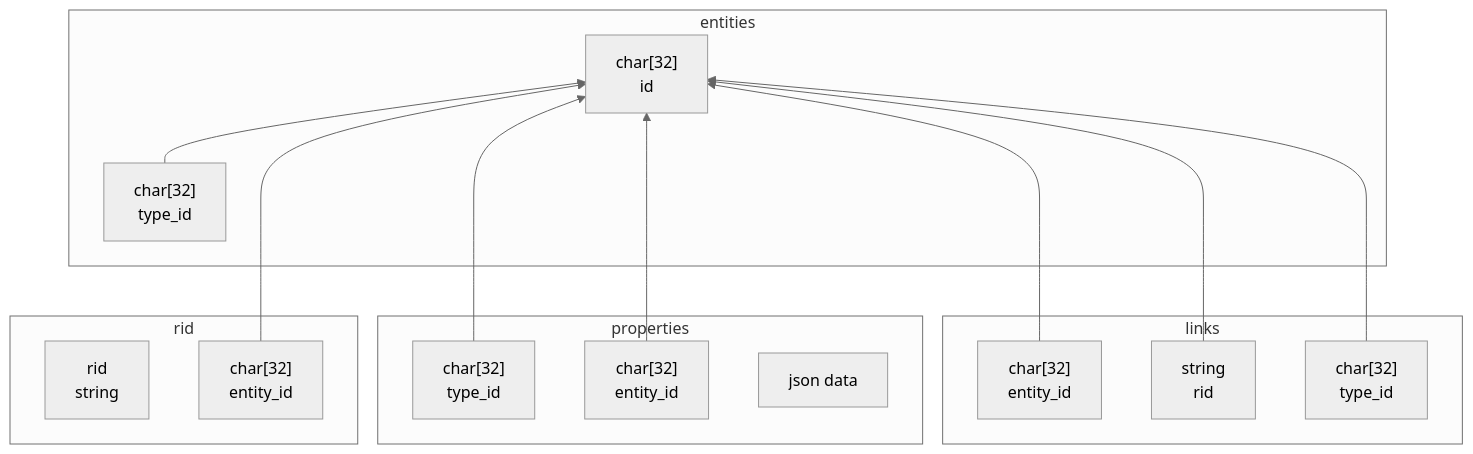
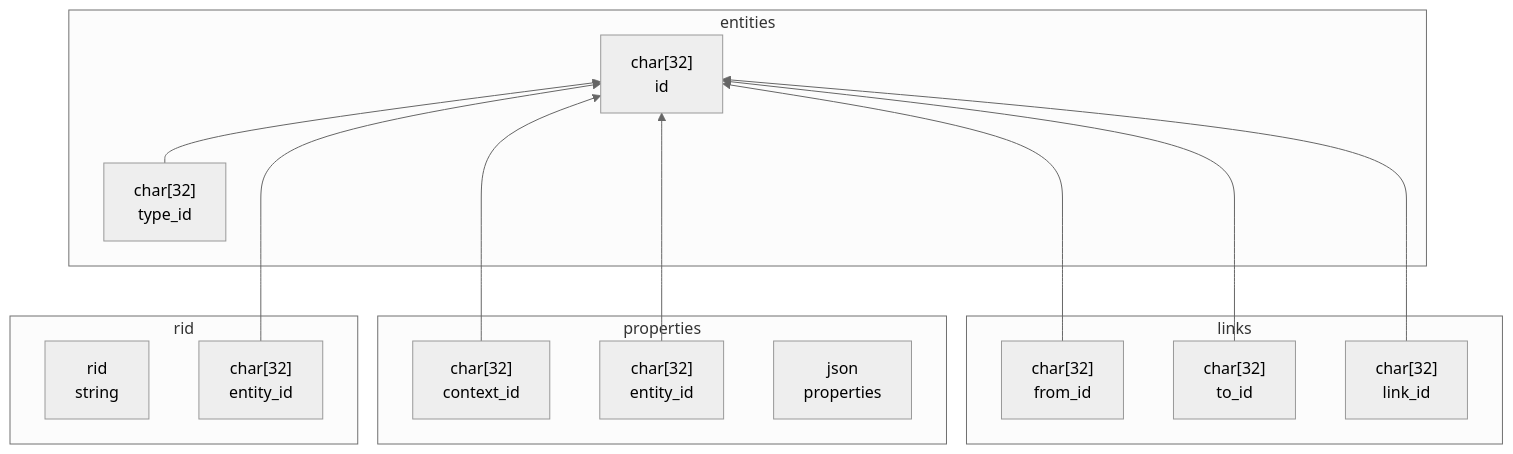
Before and after one commit to johnthesmith/scraps: the third of 3 diagrams in ru/entities.md, drawn with Mermaid (neutral theme). The commit also changed other lines of this file, not shown here.

````diff
--- a/ru/entities.md
+++ b/ru/entities.md
@@ -371,33 +362,33 @@
 ```mermaid
 graph BT
   subgraph entities
     entity_id["char[32] <br> id"]
     entities_type_id["char[32] <br> type_id"]
   end
 
   subgraph rid
     rid_value["rid <br> string"]
     rid_entity_id["char[32] <br> entity_id"]
   end
 
 subgraph properties
     properties_id["char[32]<br>entity_id"]
-    properties_type_id["char[32] <br> type_id"]
-    properties_data["json data"]
+    properties_type_id["char[32] <br> context_id"]
+    properties_data["json <br> properties"]
 end
 
  subgraph links
-    link_from_id["char[32] <br> entity_id"]
-    link_type_id["char[32] <br> type_id"]
-    link_to_id["string <br> rid"]
+    link_from_id["char[32] <br> from_id"]
+    link_type_id["char[32] <br> link_id"]
+    link_to_id["char[32] <br> to_id"]
   end
 
 
 entities_type_id --> entity_id
 rid_entity_id ---> entity_id 
 properties_type_id ---> entity_id 
 properties_id --> entity_id 
 link_from_id ---> entity_id 
 link_to_id ---> entity_id 
 link_type_id --> entity_id 
 ```
````
